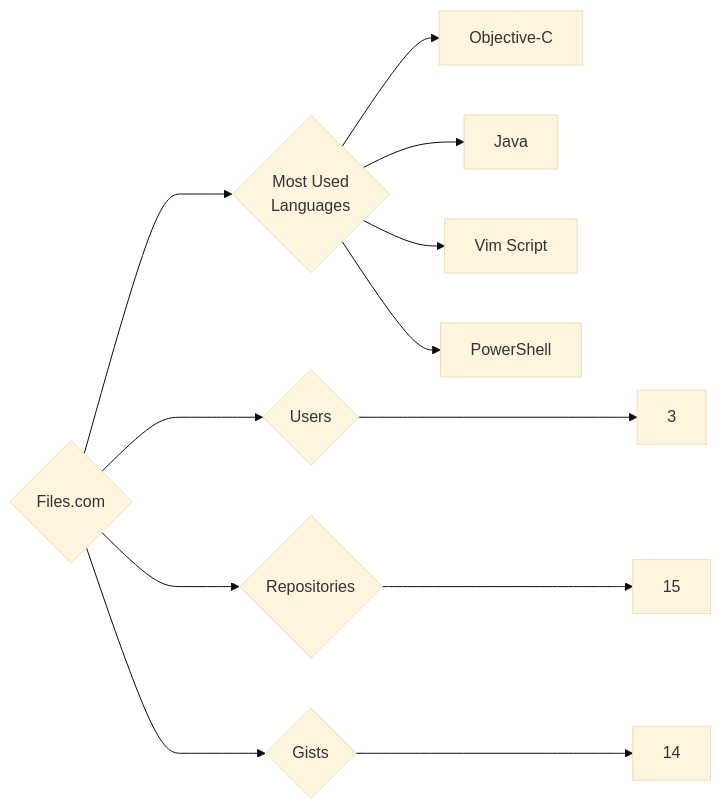
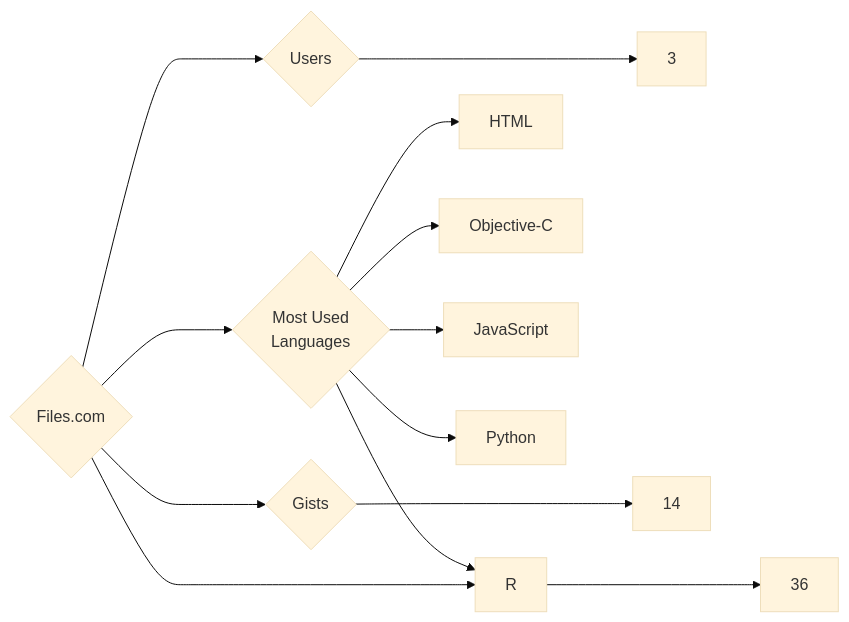
Before and after one commit to trickest/insiders: the diagram in targets/Files.com/README.md, drawn with Mermaid (base theme). The commit also changed 840 other files, not shown here.

````diff
--- a/targets/Files.com/README.md
+++ b/targets/Files.com/README.md
@@ -3,12 +3,13 @@
 ```mermaid
 graph LR
 COMPANY_NAME{Files.com}
 COMPANY_NAME ---> U{Users} ---> UN[3]
-COMPANY_NAME ---> R{Repositories} ---> RN[15]
+COMPANY_NAME ---> R{Repositories} ---> RN[36]
 COMPANY_NAME ---> G{Gists} ---> GN[14]
 COMPANY_NAME ---> ML{Most Used<br>Languages}
+ML --> HTML[HTML]
+ML --> R[R]
 ML --> Objective-C[Objective-C]
-ML --> Java[Java]
-ML --> Vim_Script[Vim Script]
-ML --> PowerShell[PowerShell]
+ML --> JavaScript[JavaScript]
+ML --> Python[Python]
 ```
````
